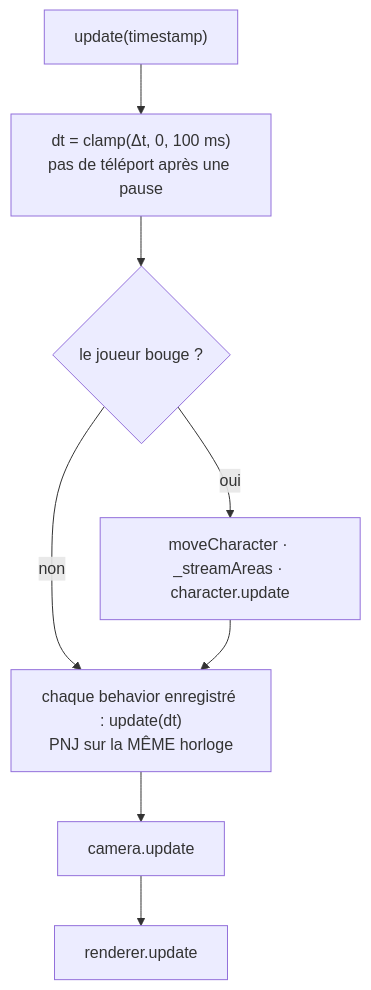
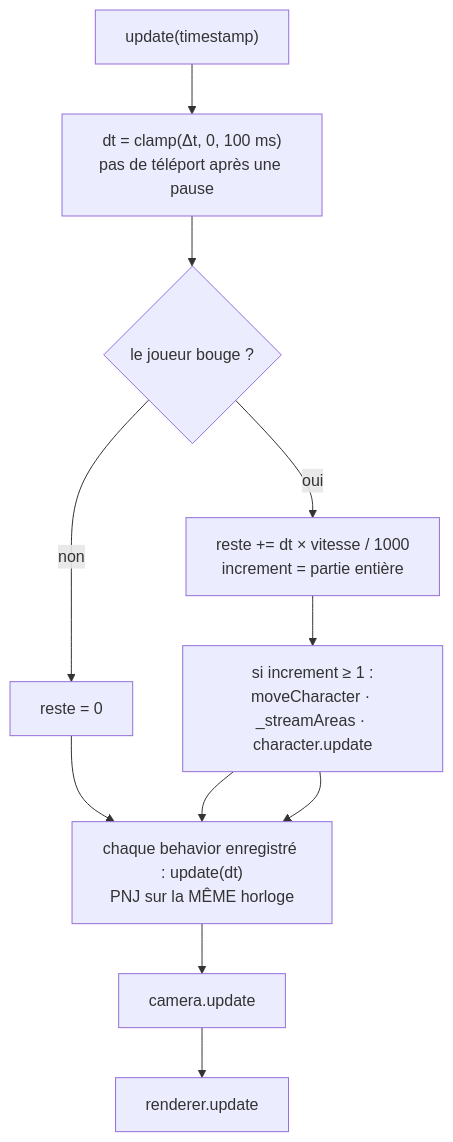
Before and after one commit to deljdlx/dc-container-kingdom: the first of 3 diagrams in meta/documentation/engine.md, drawn with Mermaid. The commit also changed other lines of this file and 3 other files, not shown here.

````diff
--- a/meta/documentation/engine.md
+++ b/meta/documentation/engine.md
@@ -51,10 +51,13 @@
 ```mermaid
 flowchart TD
     U["update(timestamp)"] --> DT["dt = clamp(Δt, 0, 100 ms)<br/>pas de téléport après une pause"]
     DT --> Q{"le joueur bouge ?"}
-    Q -->|oui| MC["moveCharacter · _streamAreas · character.update"]
-    Q -->|non| B
+    Q -->|oui| ACC["reste += dt × vitesse / 1000<br/>increment = partie entière"]
+    Q -->|non| RST["reste = 0"]
+    ACC --> MC["si increment ≥ 1 :<br/>moveCharacter · _streamAreas · character.update"]
+    RST --> B
+    MC --> B
     MC --> B["chaque behavior enregistré : update(dt)<br/>PNJ sur la MÊME horloge"]
     B --> C["camera.update"]
     C --> R["renderer.update"]
 ```
````
